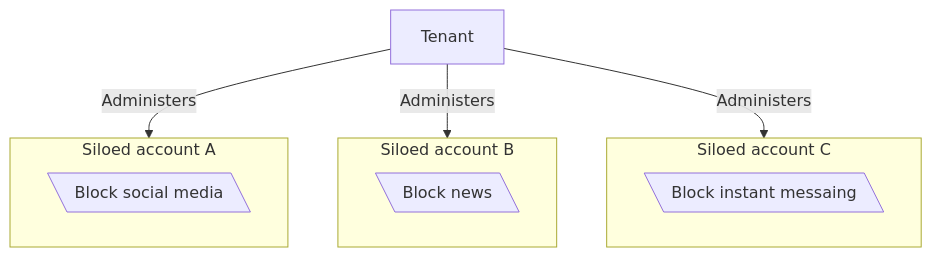
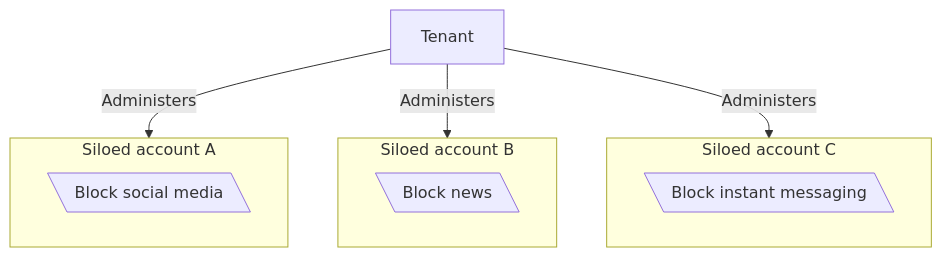
The second of 2 diagrams in src/content/docs/cloudflare-one/traffic-policies/managed-service-providers.mdx (rdhanarot/cloudflare-docs), drawn with Mermaid before and after one commit. The commit also changed other lines of this file and 9 other files, not shown here.

````diff
--- a/src/content/docs/cloudflare-one/traffic-policies/managed-service-providers.mdx
+++ b/src/content/docs/cloudflare-one/traffic-policies/managed-service-providers.mdx
@@ -73,22 +77,22 @@
 ```mermaid
 flowchart TD
 %% Accessibility
  accTitle: How Gateway policies work in a siloed account configuration
  accDescr: Flowchart describing the order of precedence Gateway applies policies in a siloed account configuration.
 
 %% Flowchart
  subgraph s1["Siloed account A"]
         n1["Block social media"]
   end
  subgraph s2["Siloed account C"]
-        n2["Block instant messaing"]
+        n2["Block instant messaging"]
   end
  subgraph s3["Siloed account B"]
         n3["Block news"]
   end
     A["Tenant"] -- Administers --> s1 & s3 & s2
 
     n1@{ shape: lean-l}
     n2@{ shape: lean-l}
     n3@{ shape: lean-l}
 ```
````
